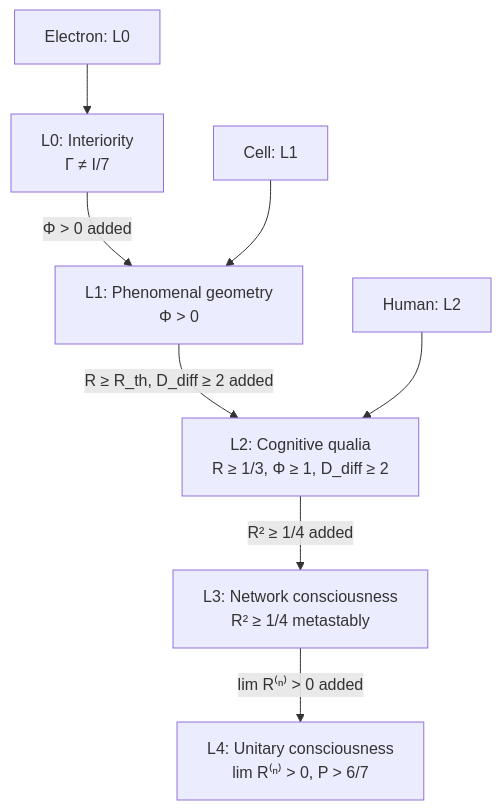
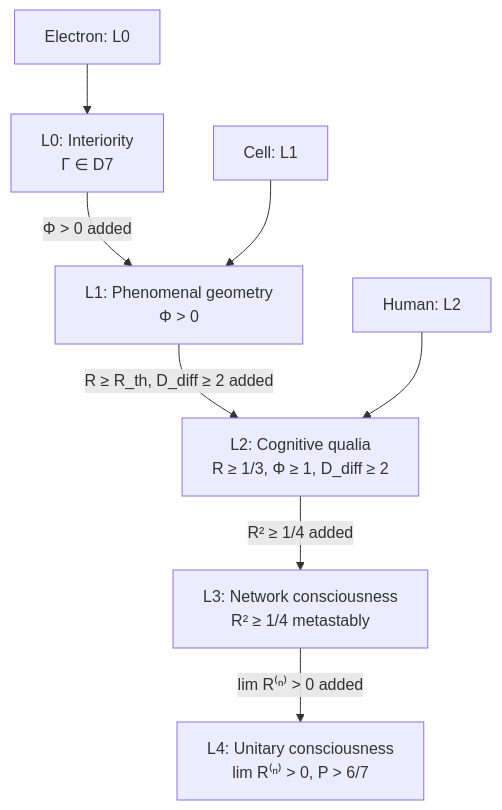
The second of 2 diagrams in website/docs/consciousness/comparative/panpsychism-analysis.md (gst-st/uhm), drawn with Mermaid before and after one commit. The commit also changed other lines of this file and 248 other files, not shown here.

````diff
--- a/website/docs/consciousness/comparative/panpsychism-analysis.md
+++ b/website/docs/consciousness/comparative/panpsychism-analysis.md
@@ -278,17 +279,17 @@
 ```mermaid
 graph TD
-    L0[L0: Interiority<br/>Γ ≠ I/7]
+    L0[L0: Interiority<br/>Γ ∈ D7]
     L1[L1: Phenomenal geometry<br/>Φ > 0]
     L2[L2: Cognitive qualia<br/>R ≥ 1/3, Φ ≥ 1, D_diff ≥ 2]
     L3[L3: Network consciousness<br/>R² ≥ 1/4 metastably]
     L4[L4: Unitary consciousness<br/>lim R⁽ⁿ⁾ > 0, P > 6/7]
 
     L0 -->|"Φ > 0 added"| L1
     L1 -->|"R ≥ R_th, D_diff ≥ 2 added"| L2
     L2 -->|"R² ≥ 1/4 added"| L3
     L3 -->|"lim R⁽ⁿ⁾ > 0 added"| L4
 
     ELEC[Electron: L0] --> L0
     CELL[Cell: L1] --> L1
     HUMAN[Human: L2] --> L2
 ```
````
